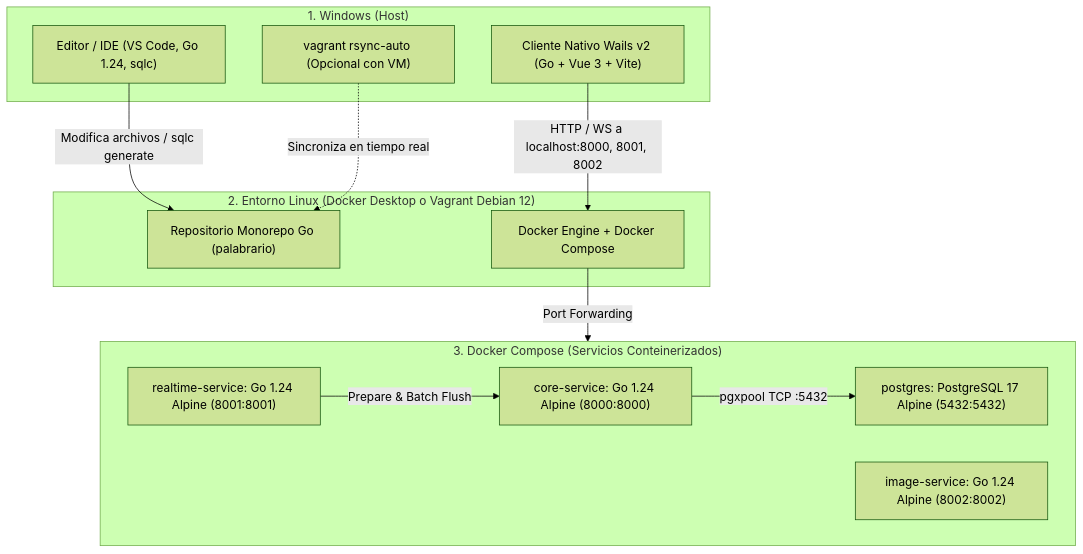
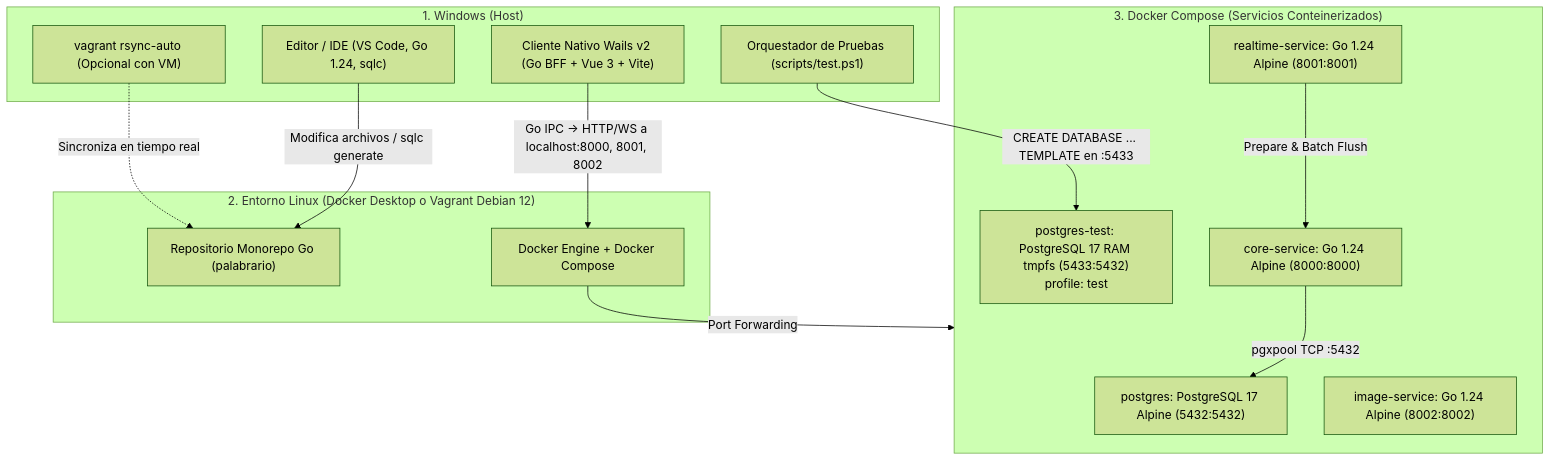
One commit to OGShawnLee/palabrario changed the diagram in .context/INFRASTRUCTURE.md. Above: the diagram before and after it, drawn with Mermaid (forest theme). The commit also changed other lines of this file and 12 other files, not shown here.

First line of the commit message:
test(core-service): implement ephemeral RAM template DB harness, 80/20 test suite, and Taskfile runner

````diff
--- a/.context/INFRASTRUCTURE.md
+++ b/.context/INFRASTRUCTURE.md
@@ -9,27 +9,30 @@
 ```mermaid
 flowchart TD
     subgraph Host["1. Windows (Host)"]
         Editor["Editor / IDE (VS Code, Go 1.24, sqlc)"]
-        Frontend["Cliente Nativo Wails v2 (Go + Vue 3 + Vite)"]
+        Frontend["Cliente Nativo Wails v2 (Go BFF + Vue 3 + Vite)"]
+        TestRunner["Orquestador de Pruebas (scripts/test.ps1)"]
         RsyncWatcher["vagrant rsync-auto (Opcional con VM)"]
     end
 
     subgraph VM["2. Entorno Linux (Docker Desktop o Vagrant Debian 12)"]
         SyncedCode["Repositorio Monorepo Go (palabrario)"]
         DockerEngine["Docker Engine + Docker Compose"]
     end
 
     subgraph Containers["3. Docker Compose (Servicios Conteinerizados)"]
         Postgres["postgres: PostgreSQL 17 Alpine (5432:5432)"]
+        PostgresTest["postgres-test: PostgreSQL 17 RAM tmpfs (5433:5432)<br/>profile: test"]
         Core["core-service: Go 1.24 Alpine (8000:8000)"]
         Realtime["realtime-service: Go 1.24 Alpine (8001:8001)"]
         ImageSvc["image-service: Go 1.24 Alpine (8002:8002)"]
     end
 
     Editor -->|Modifica archivos / sqlc generate| SyncedCode
     RsyncWatcher -.->|Sincroniza en tiempo real| SyncedCode
-    Frontend -->|HTTP / WS a localhost:8000, 8001, 8002| DockerEngine
+    Frontend -->|Go IPC -> HTTP/WS a localhost:8000, 8001, 8002| DockerEngine
+    TestRunner -->|CREATE DATABASE ... TEMPLATE en :5433| PostgresTest
     DockerEngine -->|Port Forwarding| Containers
     Core -->|pgxpool TCP :5432| Postgres
     Realtime -->|Prepare & Batch Flush| Core
 ```
````
